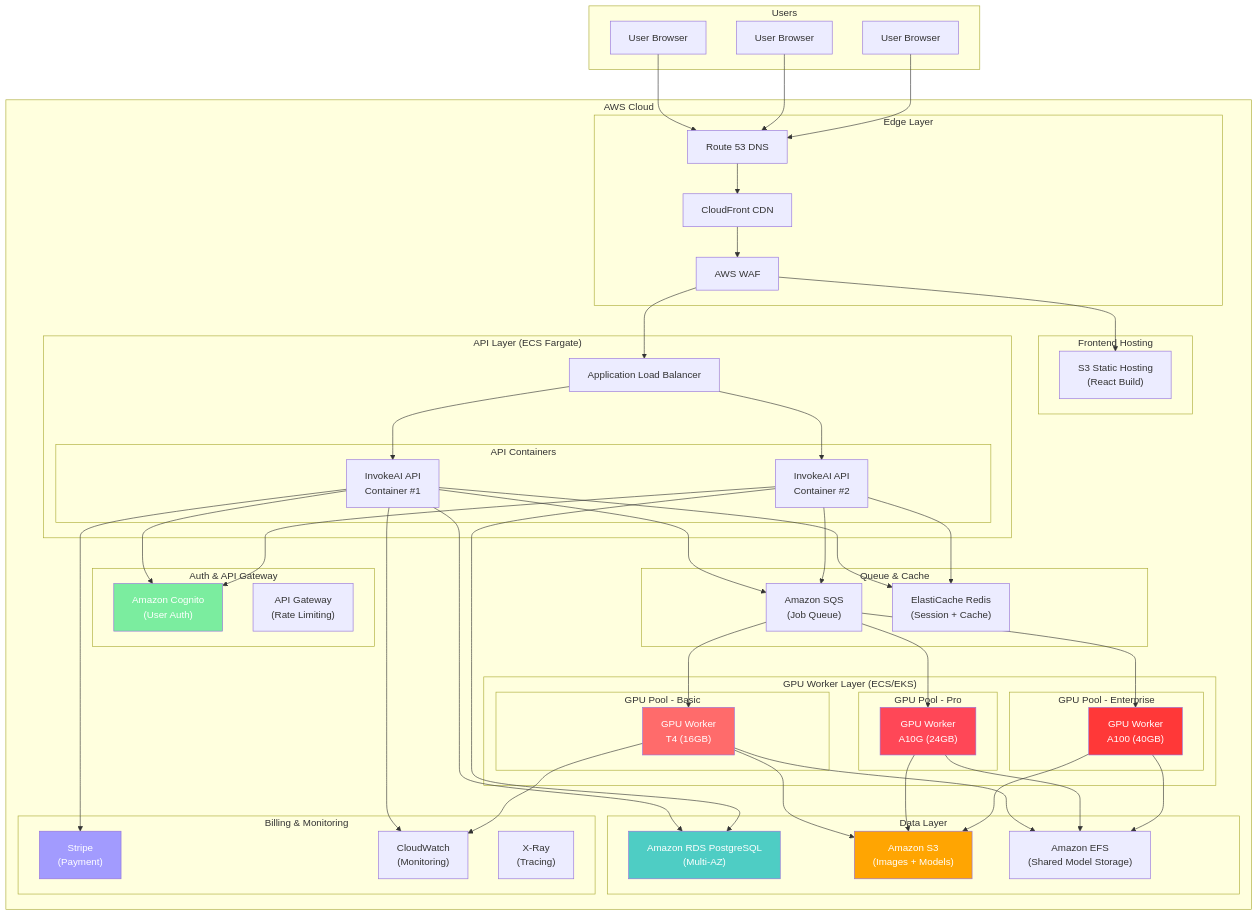
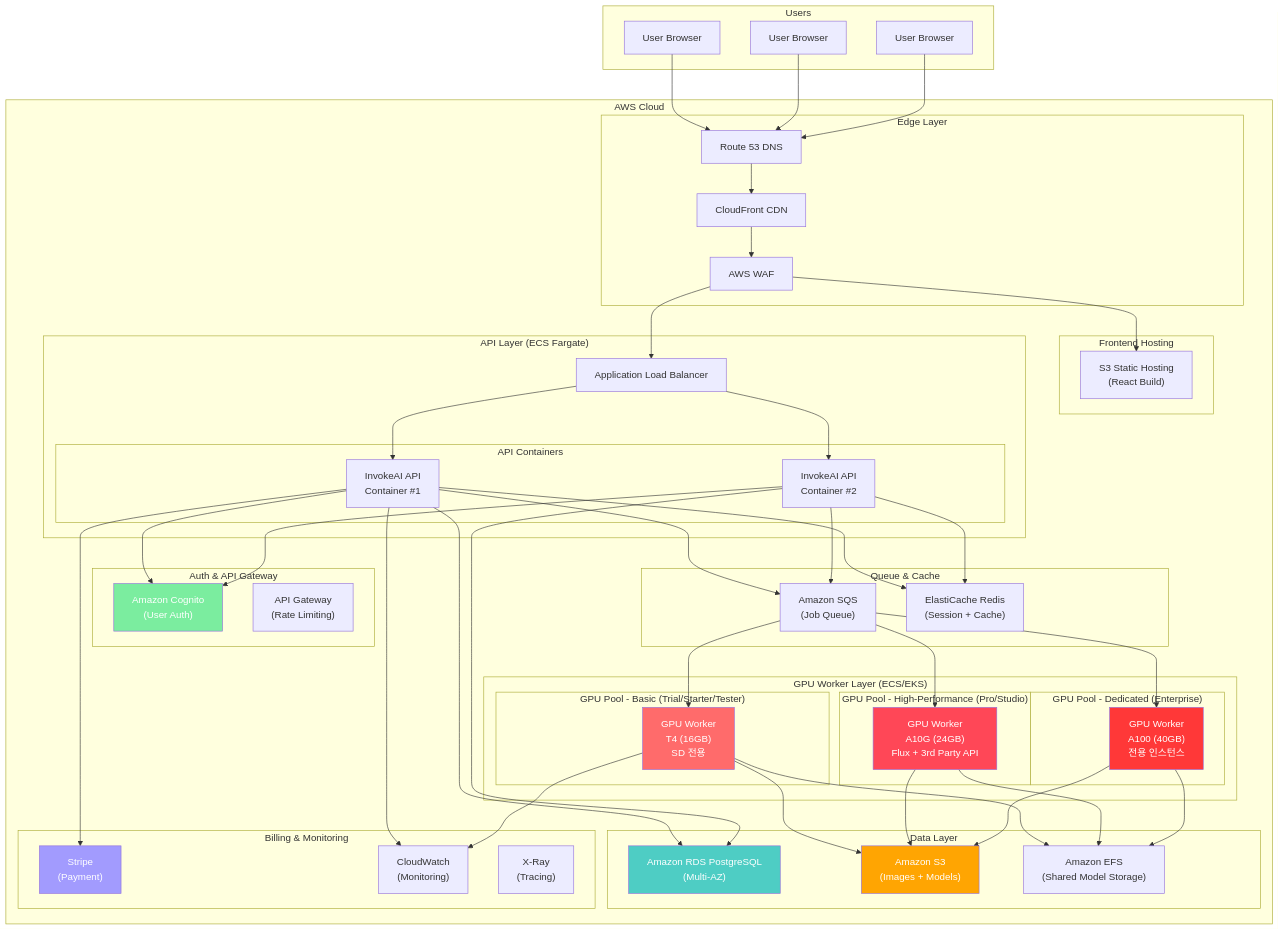
Before and after one commit to Pinksea-AI/InvokeAI: the second of 22 diagrams in docs/saas-analysis/02_ARCHITECTURE_DIAGRAMS.md, drawn with Mermaid. The commit also changed other lines of this file and 6 other files, not shown here.

```diff
--- a/docs/saas-analysis/02_ARCHITECTURE_DIAGRAMS.md
+++ b/docs/saas-analysis/02_ARCHITECTURE_DIAGRAMS.md
@@ -129,14 +129,14 @@
         end
 
         subgraph "GPU Worker Layer (ECS/EKS)"
-            subgraph "GPU Pool - Basic"
-                GW1["GPU Worker<br/>T4 (16GB)"]
+            subgraph "GPU Pool - Basic (Trial/Starter/Tester)"
+                GW1["GPU Worker<br/>T4 (16GB)<br/>SD 전용"]
             end
-            subgraph "GPU Pool - Pro"
-                GW2["GPU Worker<br/>A10G (24GB)"]
+            subgraph "GPU Pool - High-Performance (Pro/Studio)"
+                GW2["GPU Worker<br/>A10G (24GB)<br/>Flux + 3rd Party API"]
             end
-            subgraph "GPU Pool - Enterprise"
-                GW3["GPU Worker<br/>A100 (40GB)"]
+            subgraph "GPU Pool - Dedicated (Enterprise)"
+                GW3["GPU Worker<br/>A100 (40GB)<br/>전용 인스턴스"]
             end
         end
 
```
